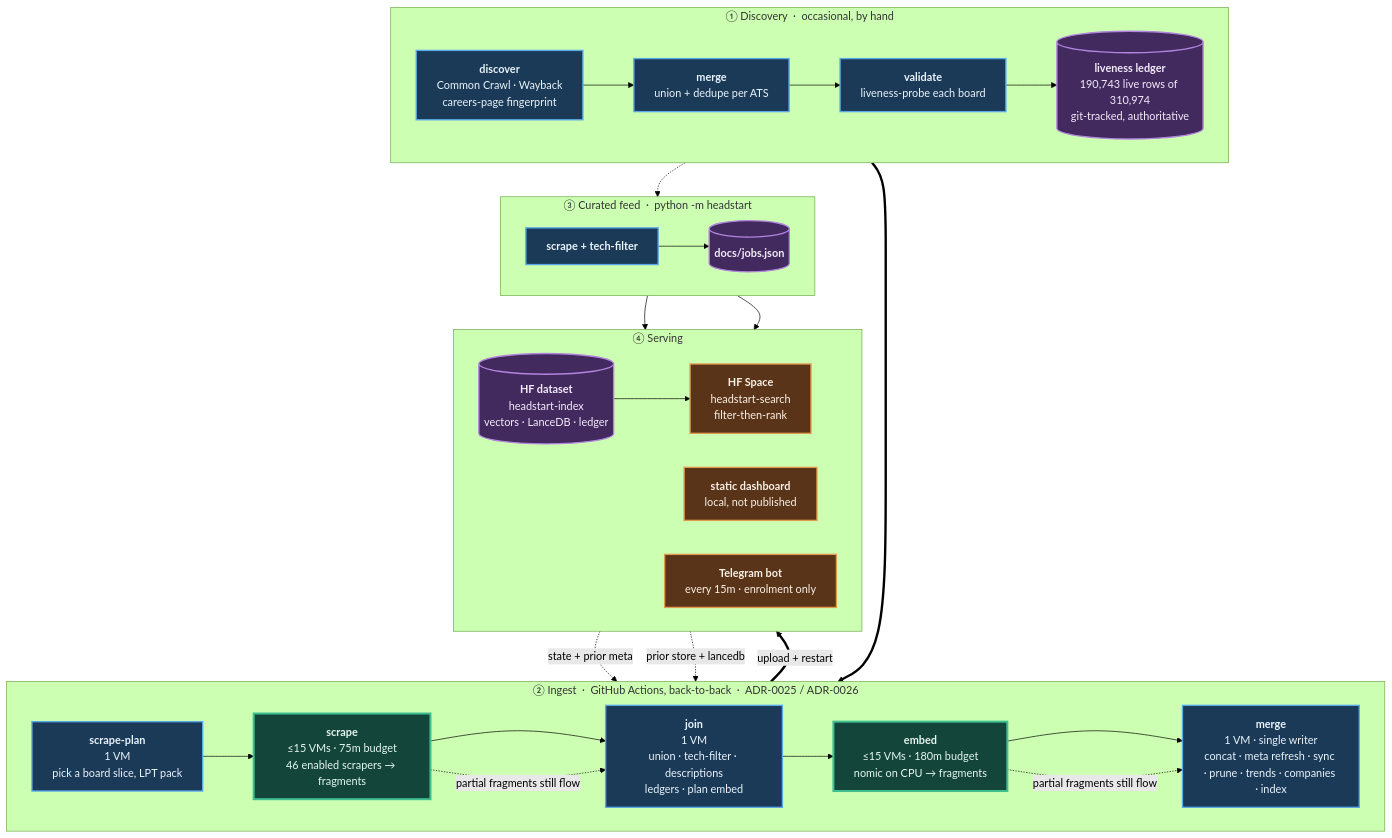
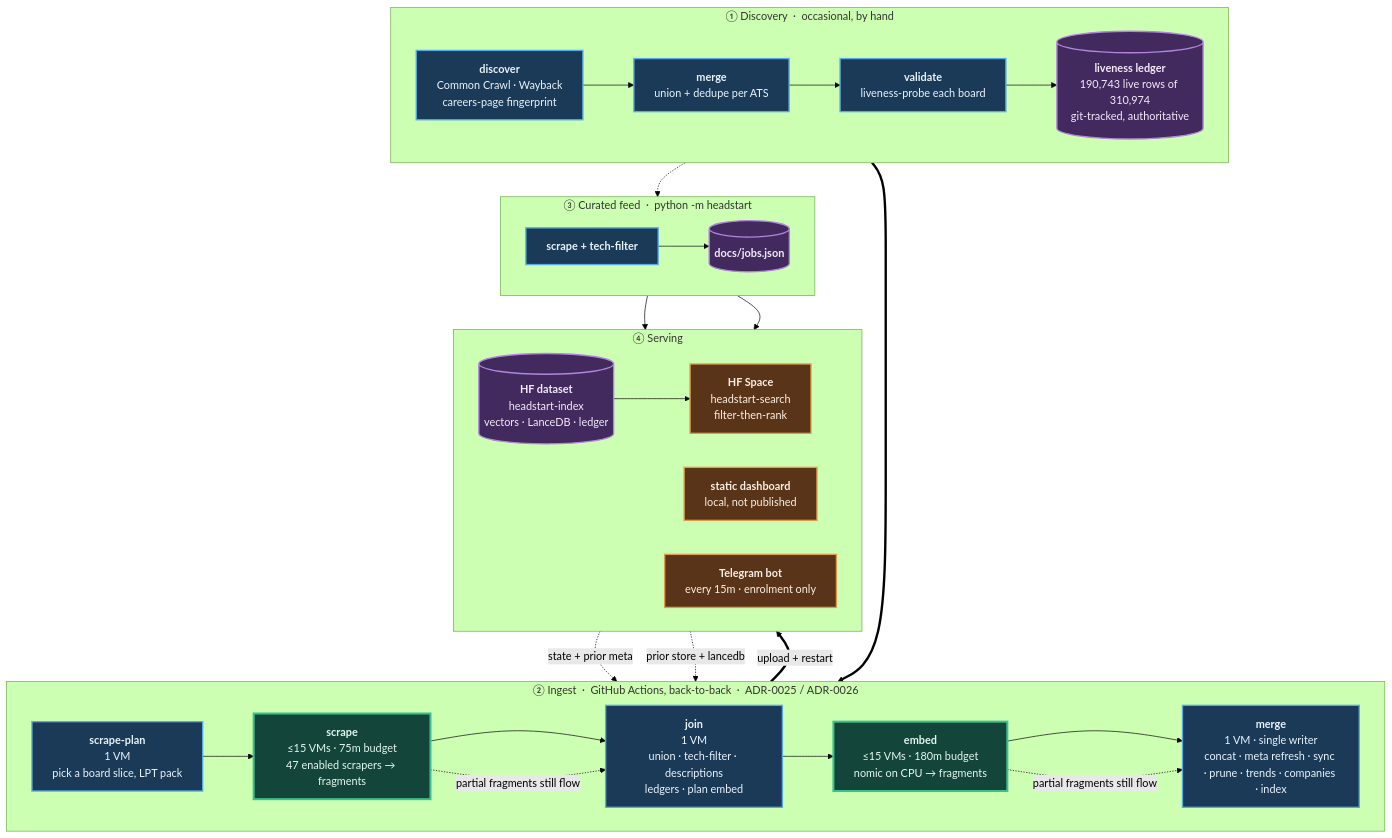
Before and after one commit to sarthakjain004/headstart: the diagram in README.md, drawn with Mermaid (forest theme). The commit also changed other lines of this file and 15 other files, not shown here.

````diff
--- a/README.md
+++ b/README.md
@@ -180,56 +180,56 @@
 ```mermaid
 flowchart TB
     subgraph D["① Discovery &nbsp;·&nbsp; occasional, by hand"]
         direction LR
         D1["<b>discover</b><br/>Common Crawl · Wayback<br/>careers-page fingerprint"]
         D2["<b>merge</b><br/>union + dedupe per ATS"]
         D3["<b>validate</b><br/>liveness-probe each board"]
         D4[("<b>liveness ledger</b><br/>190,743 live rows of 310,974<br/>git-tracked, authoritative")]
         D1 --> D2 --> D3 --> D4
     end
 
     subgraph P["② Ingest &nbsp;·&nbsp; GitHub Actions, back-to-back &nbsp;·&nbsp; ADR-0025 / ADR-0026"]
         direction LR
         P1["<b>scrape-plan</b><br/>1 VM<br/>pick a board slice, LPT pack"]
-        P2["<b>scrape</b><br/>≤15 VMs · 75m budget<br/>46 enabled scrapers → fragments"]
+        P2["<b>scrape</b><br/>≤15 VMs · 75m budget<br/>47 enabled scrapers → fragments"]
         P3["<b>join</b><br/>1 VM<br/>union · tech-filter · descriptions<br/>ledgers · plan embed"]
         P4["<b>embed</b><br/>≤15 VMs · 180m budget<br/>nomic on CPU → fragments"]
         P5["<b>merge</b><br/>1 VM · single writer<br/>concat · meta refresh · sync · prune · trends · companies · index"]
         P1 --> P2 --> P3 --> P4 --> P5
     end
 
     subgraph F["③ Curated feed &nbsp;·&nbsp; python -m headstart"]
         direction LR
         F1["<b>scrape + tech-filter</b>"]
         F2[("<b>docs/jobs.json</b>")]
         F1 --> F2
     end
 
     subgraph S["④ Serving"]
         direction LR
         S1[("<b>HF dataset</b><br/>headstart-index<br/>vectors · LanceDB · ledger")]
         S2["<b>HF Space</b><br/>headstart-search<br/>filter-then-rank"]
         S3["<b>static dashboard</b><br/>local, not published"]
         S4["<b>Telegram bot</b><br/>every 15m · enrolment only"]
         S1 --> S2
     end
 
     D4 ==> P1
     S1 -. "state + prior meta" .-> P1
     S1 -. "prior store + lancedb" .-> P5
     D4 -.-> F1
     P5 ==>|"upload + restart"| S1
     F2 --> S3
     F2 --> S4
     P2 -. "partial fragments still flow" .-> P3
     P4 -. "partial fragments still flow" .-> P5
 
     classDef serial fill:#1b3a57,stroke:#5aa9e6,stroke-width:2px,color:#eaf4fc
     classDef fan fill:#14453a,stroke:#3fbf8f,stroke-width:3px,color:#e4f7f0
     classDef store fill:#42295e,stroke:#b184dd,stroke-width:2px,color:#f4ecfc
     classDef serve fill:#5a3418,stroke:#e09a4f,stroke-width:2px,color:#fbf1e6
     class D1,D2,D3,P1,P3,P5,F1 serial
     class P2,P4 fan
     class D4,F2,S1 store
     class S2,S3,S4 serve
 ```
````
